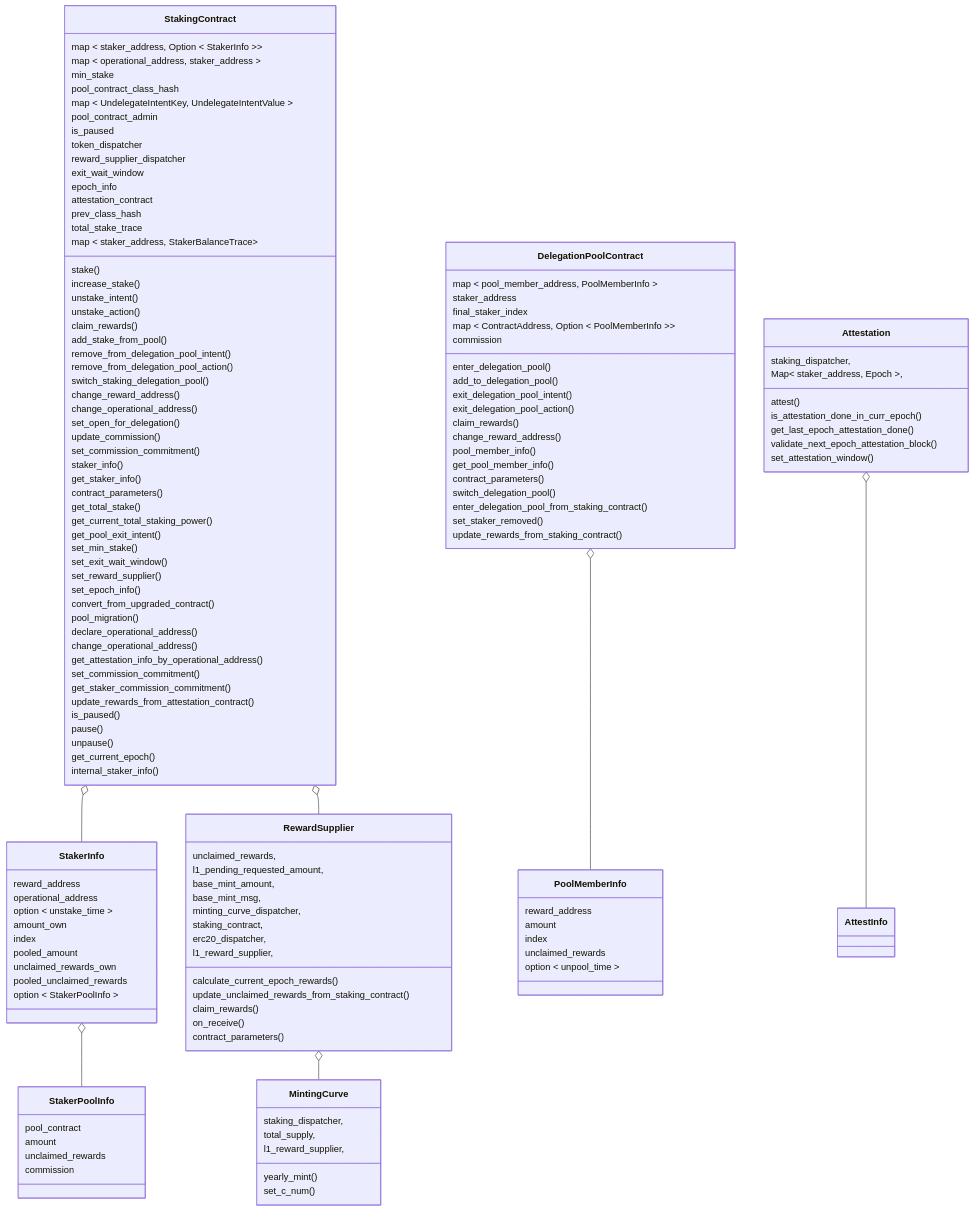
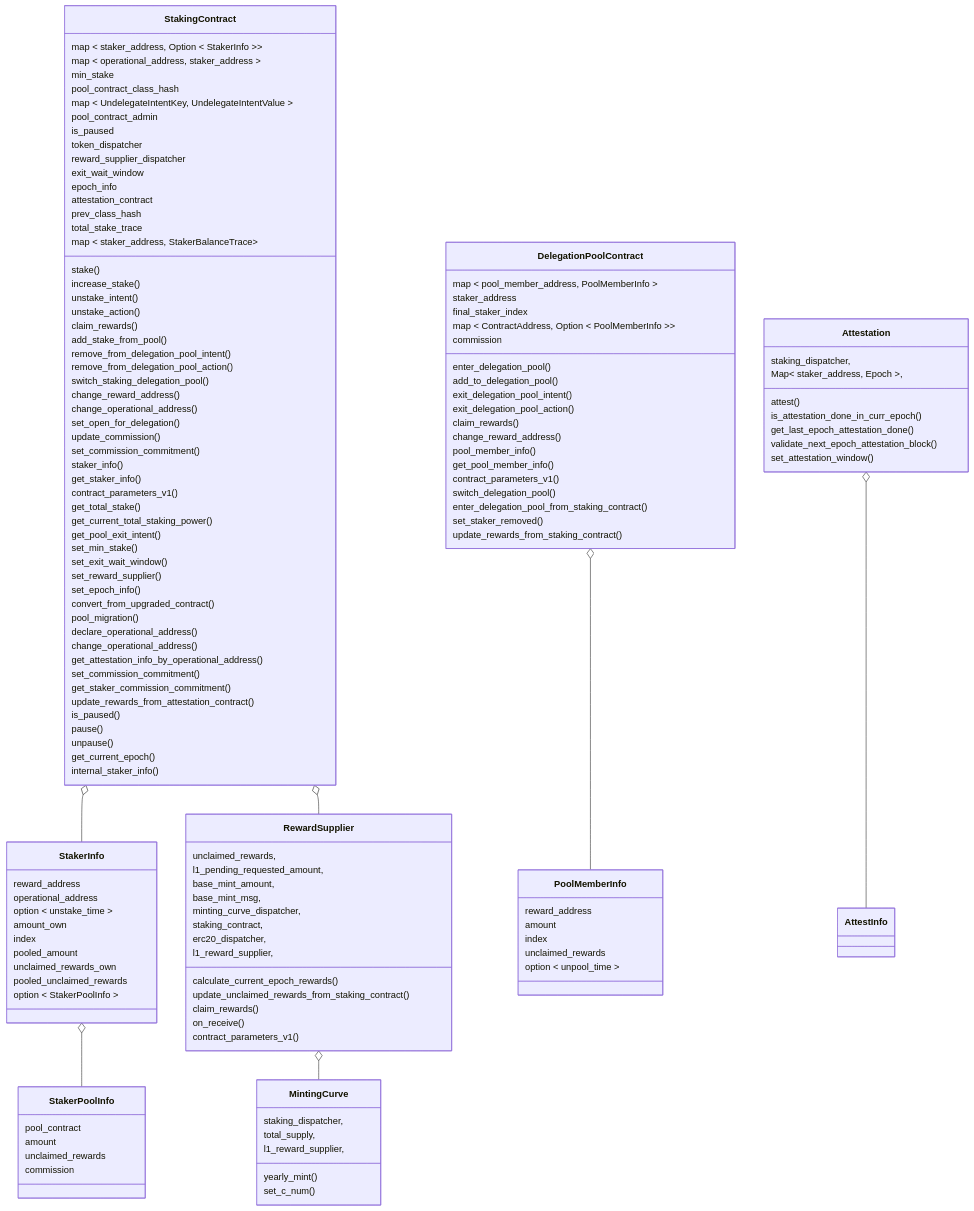
Before and after one commit to starkware-libs/starknet-staking: the first of 8 diagrams in workspace/apps/staking/docs/spec.md, drawn with Mermaid. The commit also changed other lines of this file and 13 other files, not shown here.

```diff
--- a/workspace/apps/staking/docs/spec.md
+++ b/workspace/apps/staking/docs/spec.md
@@ -262,7 +262,7 @@
     set_commission_commitment()
     staker_info()
     get_staker_info()
-    contract_parameters()
+    contract_parameters_v1()
     get_total_stake()
     get_current_total_staking_power()
     get_pool_exit_intent()
@@ -298,7 +298,7 @@
     change_reward_address()
     pool_member_info()
     get_pool_member_info()
-    contract_parameters()
+    contract_parameters_v1()
     switch_delegation_pool()
     enter_delegation_pool_from_staking_contract()
     set_staker_removed()
@@ -341,7 +341,7 @@
     update_unclaimed_rewards_from_staking_contract()
     claim_rewards()
     on_receive()
-    contract_parameters()
+    contract_parameters_v1()
   }
   class MintingCurve {
     staking_dispatcher,
```
